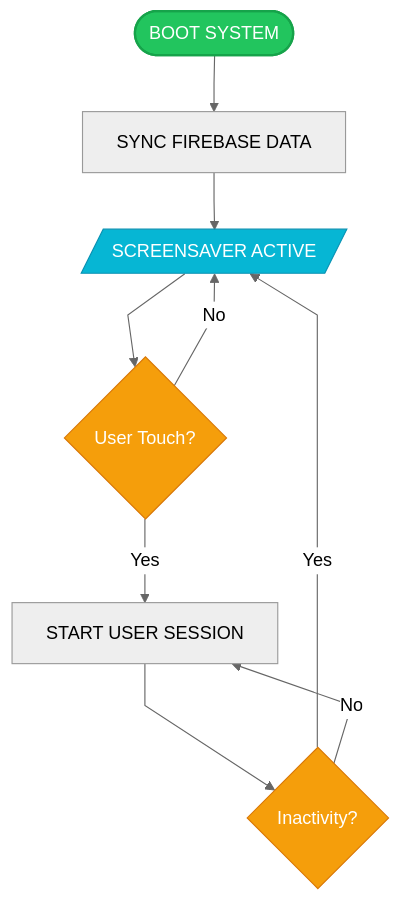
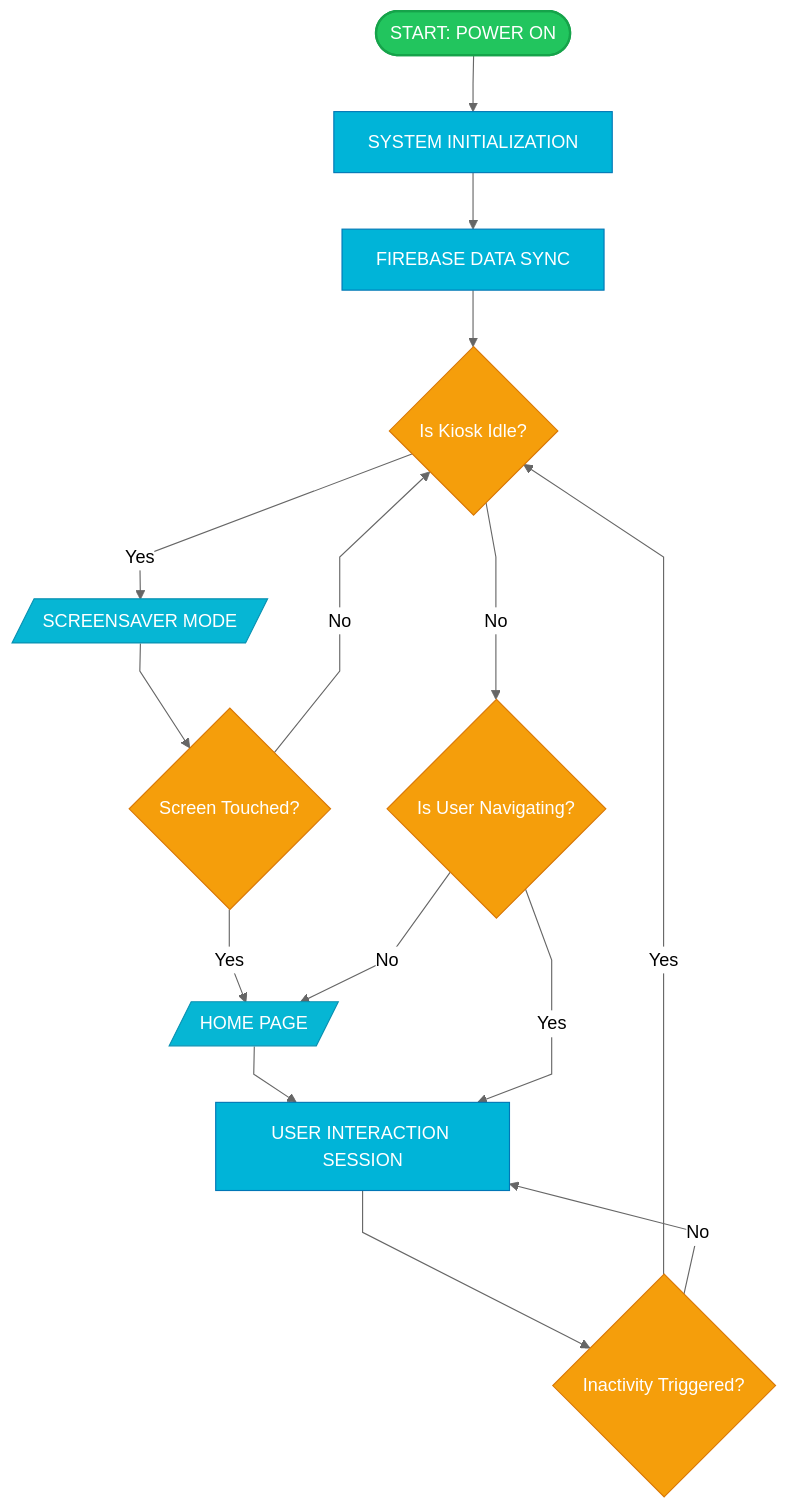
One commit to Yui1003/iCCAT changed the eighth of 8 diagrams in iCCAT-Academic-Flowcharts-Printable.md. Above: the diagram before and after it, drawn with Mermaid (neutral theme). The commit also changed other lines of this file, not shown here.

First line of the commit message:
Complete admin and kiosk flowcharts with academic formatting

````diff
--- a/iCCAT-Academic-Flowcharts-Printable.md
+++ b/iCCAT-Academic-Flowcharts-Printable.md
@@ -277,22 +275,32 @@
 ```mermaid
 %%{init: {'flowchart': {'curve': 'linear', 'nodeSpacing': 50, 'rankSpacing': 50}}}%%
 flowchart TB
     classDef startEnd fill:#22c55e,stroke:#16a34a,color:#fff,stroke-width:2px,rx:20,ry:20
     classDef display fill:#06b6d4,stroke:#0891b2,color:#fff
     classDef decision fill:#f59e0b,stroke:#d97706,color:#fff
+    classDef action fill:#00b4d8,stroke:#0077b6,color:#fff
     
-    START([BOOT SYSTEM]) --> SYNC[SYNC FIREBASE DATA]
-    SYNC --> IDLE[/SCREENSAVER ACTIVE/]
+    START([START: POWER ON]) --> INIT[SYSTEM INITIALIZATION]
+    INIT --> SYNC[FIREBASE DATA SYNC]
+    SYNC --> IDLE_CHK{Is Kiosk Idle?}
     
-    IDLE --> TOUCH{User Touch?}
-    TOUCH -->|Yes| SESSION[START USER SESSION]
-    TOUCH -->|No| IDLE
+    IDLE_CHK -->|Yes| SCR[/SCREENSAVER MODE/]
+    IDLE_CHK -->|No| NAV_CHK{Is User Navigating?}
     
-    SESSION --> TIMEOUT{Inactivity?}
-    TIMEOUT -->|Yes| IDLE
+    SCR --> WAKE{Screen Touched?}
+    WAKE -->|Yes| HOME[/HOME PAGE/]
+    WAKE -->|No| IDLE_CHK
+    
+    HOME --> SESSION[USER INTERACTION SESSION]
+    NAV_CHK -->|Yes| SESSION
+    NAV_CHK -->|No| HOME
+    
+    SESSION --> TIMEOUT{Inactivity Triggered?}
+    TIMEOUT -->|Yes| IDLE_CHK
     TIMEOUT -->|No| SESSION
     
     class START startEnd
-    class IDLE display
-    class TOUCH,TIMEOUT decision
+    class SCR,HOME display
+    class IDLE_CHK,NAV_CHK,WAKE,TIMEOUT decision
+    class INIT,SYNC,SESSION action
 ```
````
